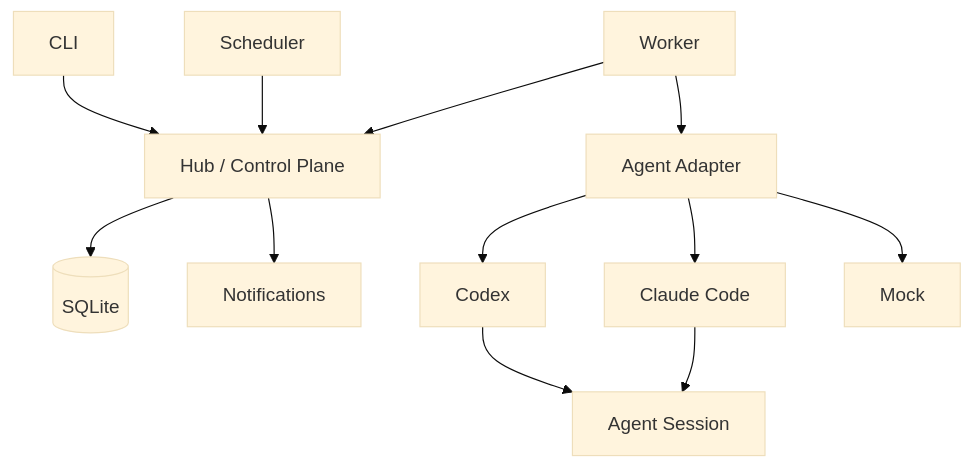
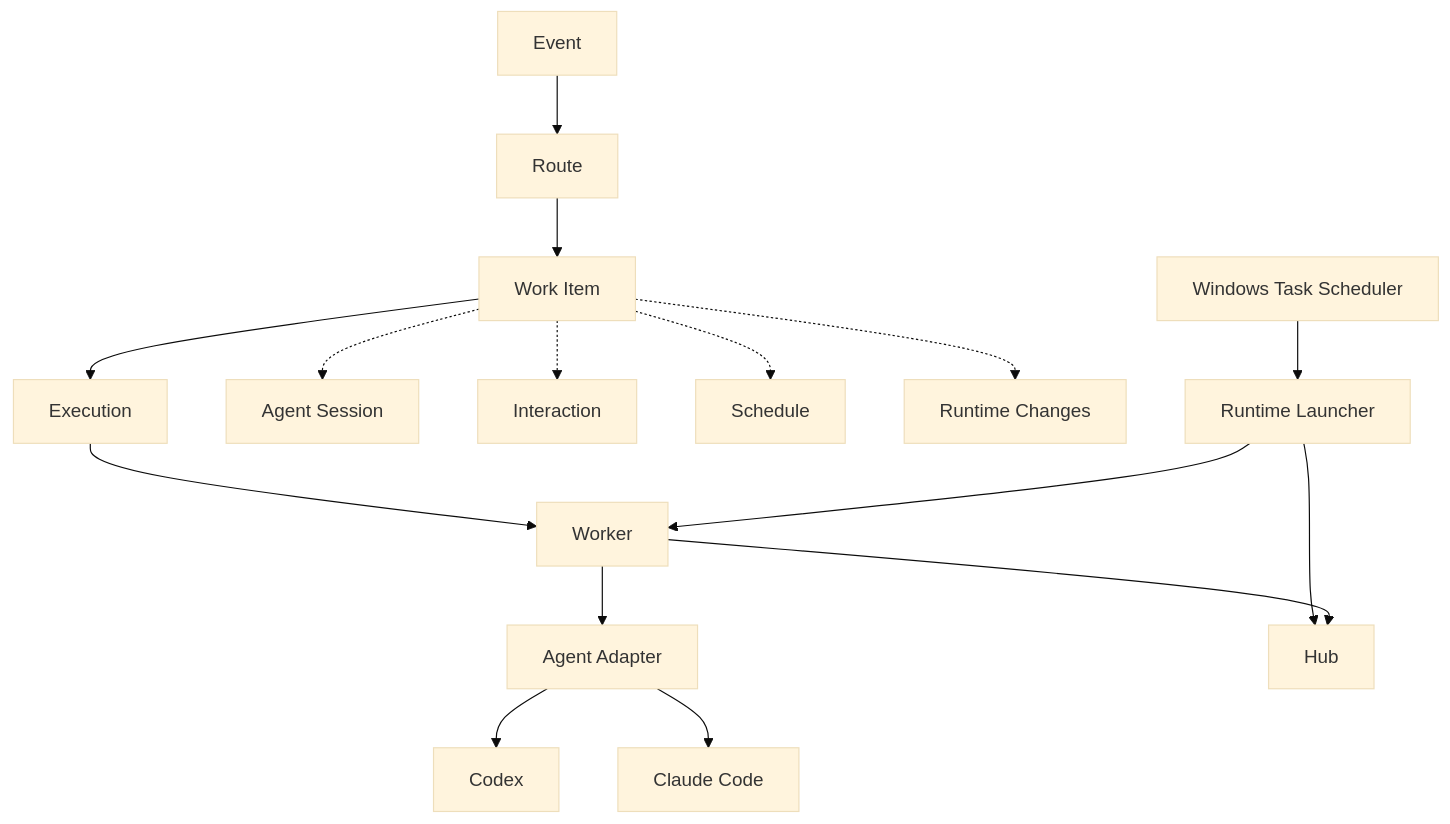
The diagram in README.md (MerLin4141/taskcircuit), drawn with Mermaid (base theme) before and after one commit. The commit also changed other lines of this file and 1 other file, not shown here.

Commit message:
Add bilingual TaskCircuit documentation

````diff
--- a/README.md
+++ b/README.md
@@ -17,14 +28,15 @@
 ```mermaid
 flowchart TD
-    CLI[CLI] --> Hub[Hub / Control Plane]
-    Scheduler[Scheduler] --> Hub
-    Hub --> SQLite[(SQLite)]
-    Hub --> Notifications[Notifications]
-    Worker[Worker] --> Hub
-    Worker --> Adapter[Agent Adapter]
+    Event --> Route --> WorkItem[Work Item]
+    WorkItem --> Execution --> Worker --> Adapter[Agent Adapter]
     Adapter --> Codex[Codex]
     Adapter --> Claude[Claude Code]
-    Adapter --> Mock[Mock]
-    Codex --> Session[Agent Session]
-    Claude --> Session
+    WorkItem -.-> Session[Agent Session]
+    WorkItem -.-> Interaction
+    WorkItem -.-> Schedule
+    WorkItem -.-> Changes[Runtime Changes]
+    Scheduler[Windows Task Scheduler] --> Launcher[Runtime Launcher]
+    Launcher --> Hub
+    Launcher --> Worker
+    Worker --> Hub
 ```
````
